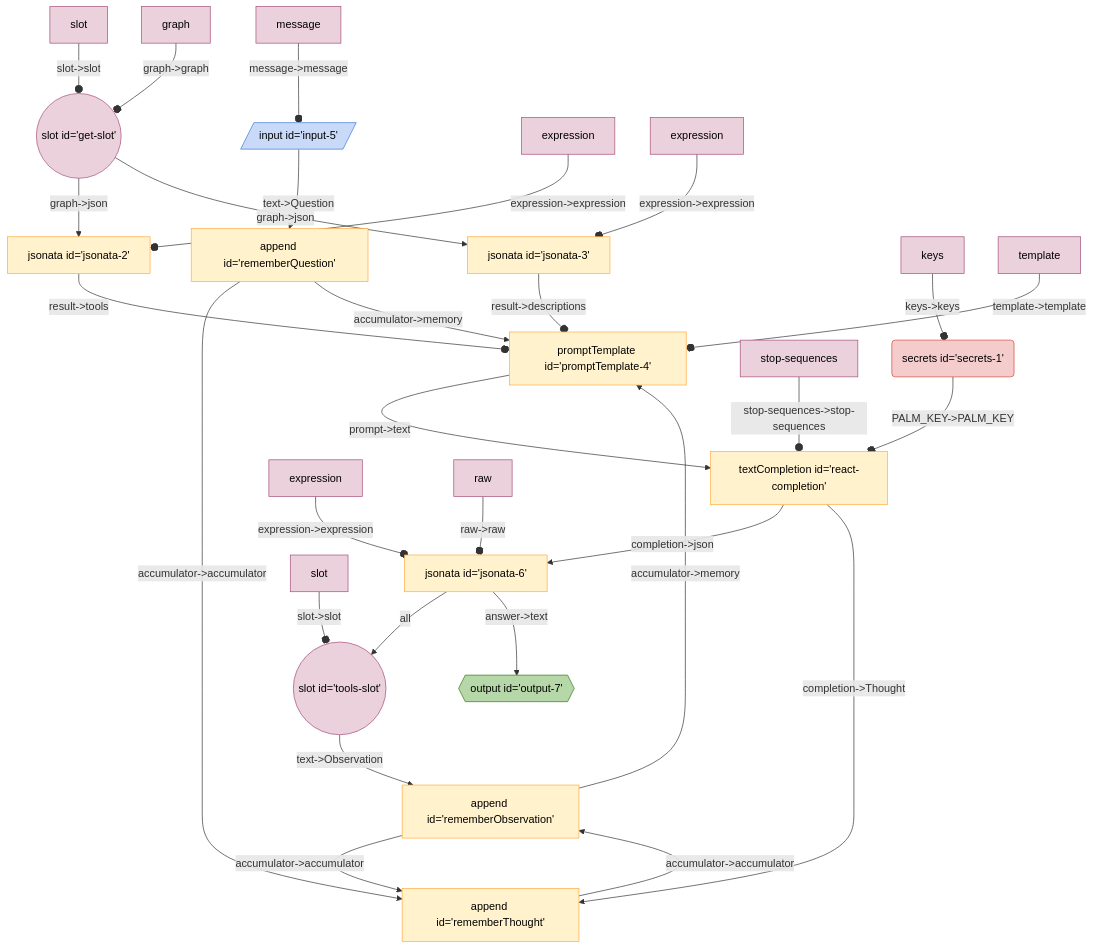
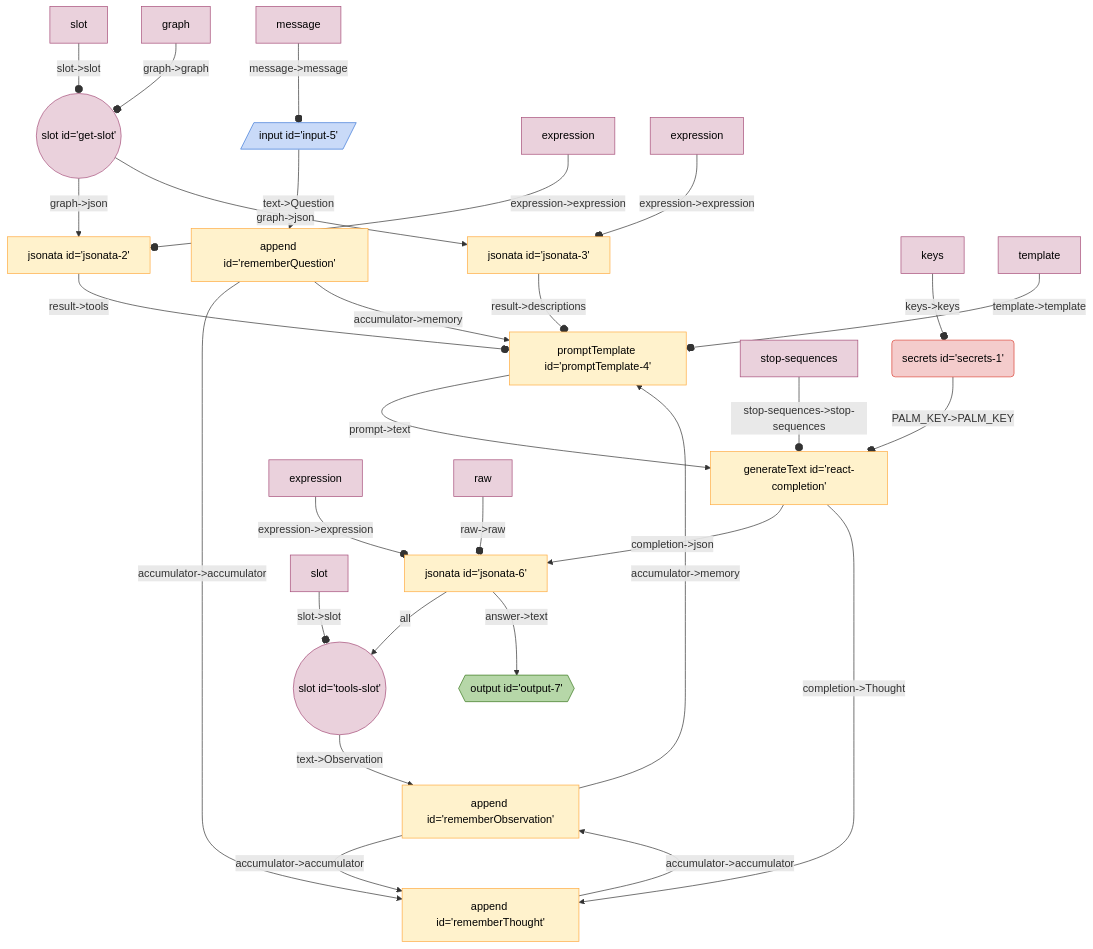
Before and after one commit to breadboard-ai/breadboard: the diagram in seeds/graph-playground/docs/graphs/react-with-slot.md, drawn with Mermaid. The commit also changed 63 other files, not shown here.

First line of the commit message:
[llm-starter] Rename `textCompletion` to `generateText`.

````diff
--- a/seeds/graph-playground/docs/graphs/react-with-slot.md
+++ b/seeds/graph-playground/docs/graphs/react-with-slot.md
@@ -5,40 +5,40 @@
   ```mermaid
   %%{init: 'themeVariables': { 'fontFamily': 'Fira Code, monospace' }}%%
 graph TD;
 getslot(("slot id='get-slot'")):::slot -- "graph->json" --> jsonata2["jsonata id='jsonata-2'"]
 getslot(("slot id='get-slot'")):::slot -- "graph->json" --> jsonata3["jsonata id='jsonata-3'"]
 jsonata3["jsonata id='jsonata-3'"] -- "result->descriptions" --o promptTemplate4["promptTemplate id='promptTemplate-4'"]
 jsonata2["jsonata id='jsonata-2'"] -- "result->tools" --o promptTemplate4["promptTemplate id='promptTemplate-4'"]
 rememberObservation["append id='rememberObservation'"] -- "accumulator->memory" --> promptTemplate4["promptTemplate id='promptTemplate-4'"]
 rememberThought["append id='rememberThought'"] -- "accumulator->accumulator" --> rememberObservation["append id='rememberObservation'"]
 rememberObservation["append id='rememberObservation'"] -- "accumulator->accumulator" --> rememberThought["append id='rememberThought'"]
 rememberQuestion["append id='rememberQuestion'"] -- "accumulator->accumulator" --> rememberThought["append id='rememberThought'"]
 rememberQuestion["append id='rememberQuestion'"] -- "accumulator->memory" --> promptTemplate4["promptTemplate id='promptTemplate-4'"]
 input5[/"input id='input-5'"/]:::input -- "text->Question" --> rememberQuestion["append id='rememberQuestion'"]
-secrets1("secrets id='secrets-1'"):::secrets -- "PALM_KEY->PALM_KEY" --o reactcompletion["textCompletion id='react-completion'"]
+secrets1("secrets id='secrets-1'"):::secrets -- "PALM_KEY->PALM_KEY" --o reactcompletion["generateText id='react-completion'"]
 toolsslot(("slot id='tools-slot'")):::slot -- "text->Observation" --> rememberObservation["append id='rememberObservation'"]
 jsonata6["jsonata id='jsonata-6'"] -- all --> toolsslot(("slot id='tools-slot'")):::slot
 jsonata6["jsonata id='jsonata-6'"] -- "answer->text" --> output7{{"output id='output-7'"}}:::output
-reactcompletion["textCompletion id='react-completion'"] -- "completion->json" --> jsonata6["jsonata id='jsonata-6'"]
-reactcompletion["textCompletion id='react-completion'"] -- "completion->Thought" --> rememberThought["append id='rememberThought'"]
-promptTemplate4["promptTemplate id='promptTemplate-4'"] -- "prompt->text" --> reactcompletion["textCompletion id='react-completion'"]
+reactcompletion["generateText id='react-completion'"] -- "completion->json" --> jsonata6["jsonata id='jsonata-6'"]
+reactcompletion["generateText id='react-completion'"] -- "completion->Thought" --> rememberThought["append id='rememberThought'"]
+promptTemplate4["promptTemplate id='promptTemplate-4'"] -- "prompt->text" --> reactcompletion["generateText id='react-completion'"]
 keyssecrets1[keys]:::config -- "keys->keys" --o secrets1
 slotgetslot[slot]:::config -- "slot->slot" --o getslot
 graphgetslot[graph]:::config -- "graph->graph" --o getslot
 expressionjsonata2[expression]:::config -- "expression->expression" --o jsonata2
 expressionjsonata3[expression]:::config -- "expression->expression" --o jsonata3
 templatepromptTemplate4[template]:::config -- "template->template" --o promptTemplate4
 messageinput5[message]:::config -- "message->message" --o input5
 stopsequencesreactcompletion[stop-sequences]:::config -- "stop-sequences->stop-sequences" --o reactcompletion
 expressionjsonata6[expression]:::config -- "expression->expression" --o jsonata6
 rawjsonata6[raw]:::config -- "raw->raw" --o jsonata6
 slottoolsslot[slot]:::config -- "slot->slot" --o toolsslot
 classDef default stroke:#ffab40,fill:#fff2ccff,color:#000
 classDef input stroke:#3c78d8,fill:#c9daf8ff,color:#000
 classDef output stroke:#38761d,fill:#b6d7a8ff,color:#000
 classDef passthrough stroke:#a64d79,fill:#ead1dcff,color:#000
 classDef slot stroke:#a64d79,fill:#ead1dcff,color:#000
 classDef config stroke:#a64d79,fill:#ead1dcff,color:#000
 classDef secrets stroke:#db4437,fill:#f4cccc,color:#000
 classDef slotted stroke:#a64d79
   ```
````
